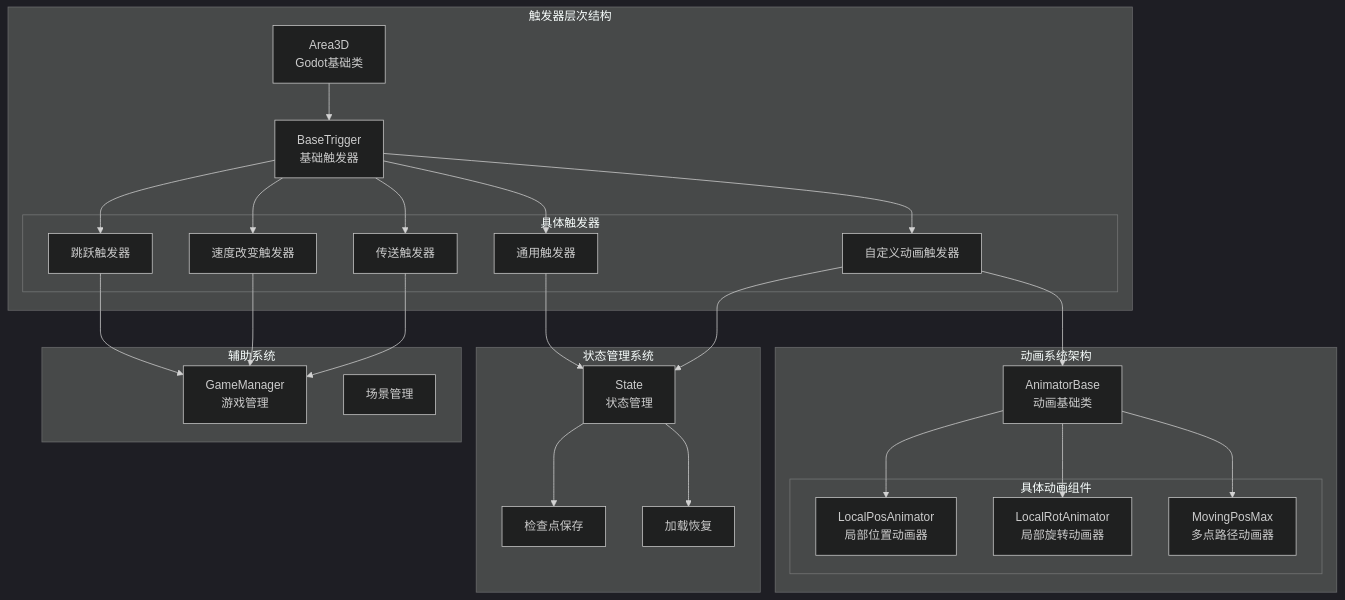
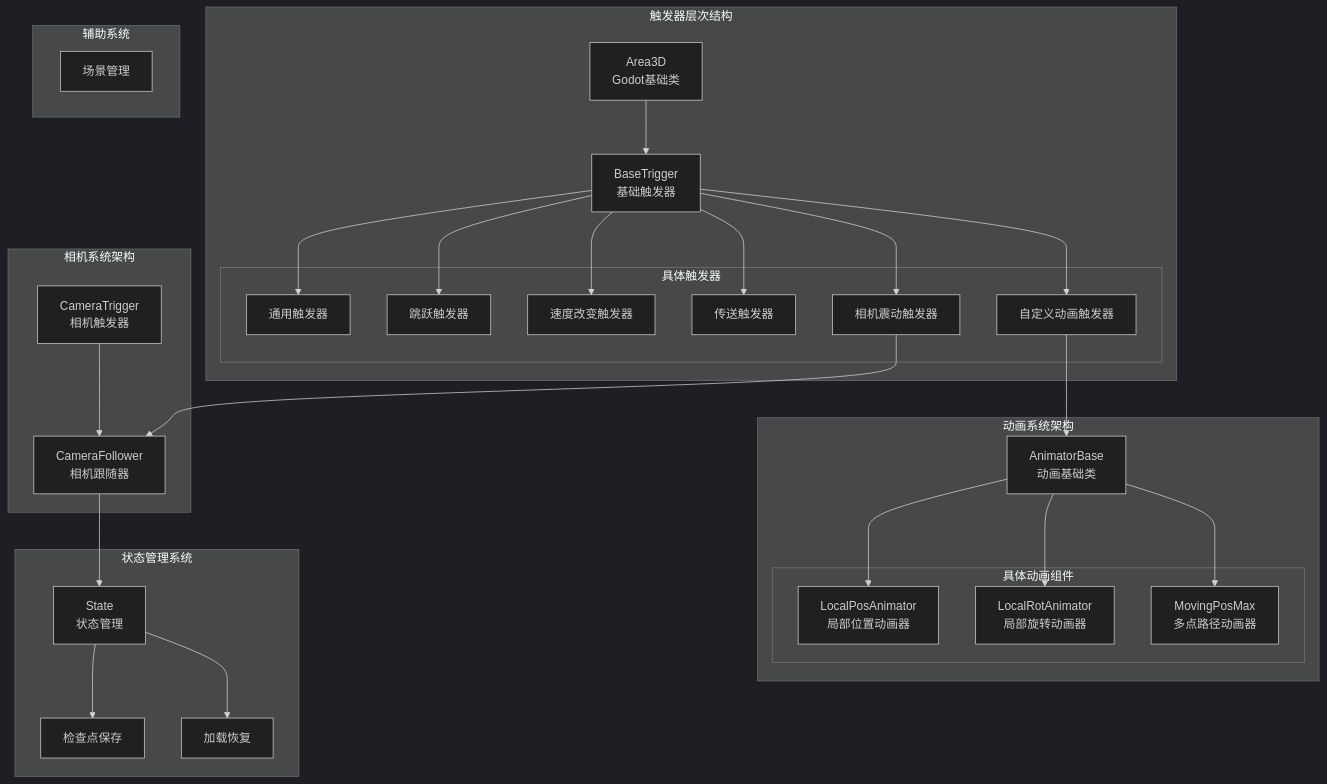
Before and after one commit to godotline/godot-line: the fifth of 12 diagrams in .qoder/repowiki/zh/content/Base Trigger.md, drawn with Mermaid (dark theme). The commit also changed other lines of this file and 13 other files, not shown here.

````diff
--- a/.qoder/repowiki/zh/content/Base Trigger.md
+++ b/.qoder/repowiki/zh/content/Base Trigger.md
@@ -237,48 +326,51 @@
 ```mermaid
 graph TB
 subgraph "触发器层次结构"
 AT[Area3D<br/>Godot基础类]
 BT[BaseTrigger<br/>基础触发器]
 subgraph "具体触发器"
 CT[通用触发器]
 JT[跳跃触发器]
 CST[速度改变触发器]
 TPT[传送触发器]
 CAT[自定义动画触发器]
+CSTG[相机震动触发器]
 end
+end
+subgraph "相机系统架构"
+CF[CameraFollower<br/>相机跟随器]
+CTG[CameraTrigger<br/>相机触发器]
 end
 subgraph "动画系统架构"
 AB[AnimatorBase<br/>动画基础类]
 subgraph "具体动画组件"
 LPA[LocalPosAnimator<br/>局部位置动画器]
 LRA[LocalRotAnimator<br/>局部旋转动画器]
 MPM[MovingPosMax<br/>多点路径动画器]
 end
 end
 subgraph "状态管理系统"
 SM[State<br/>状态管理]
 CP[检查点保存]
 LR[加载恢复]
 end
 subgraph "辅助系统"
-GM[GameManager<br/>游戏管理]
 SC[场景管理]
 end
 AT --> BT
 BT --> CT
 BT --> JT
 BT --> CST
 BT --> TPT
 BT --> CAT
+BT --> CSTG
 CAT --> AB
 AB --> LPA
 AB --> LRA
 AB --> MPM
-CT --> SM
-JT --> GM
-CST --> GM
-TPT --> GM
-CAT --> SM
+CSTG --> CF
+CTG --> CF
+CF --> SM
 SM --> CP
 SM --> LR
 ```
````
